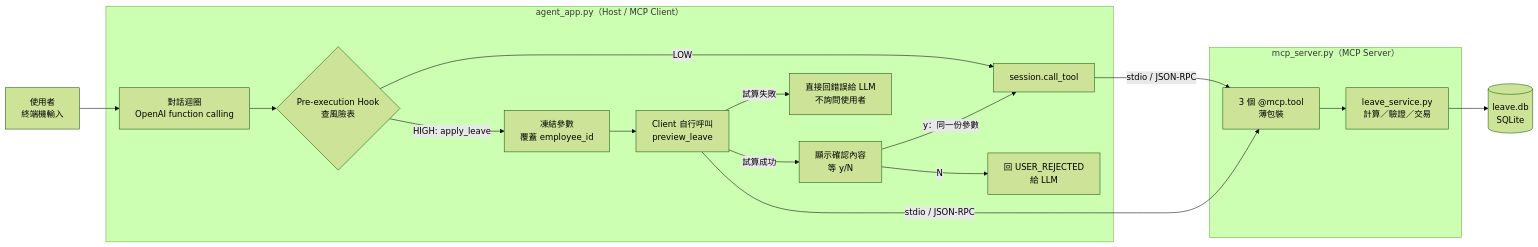
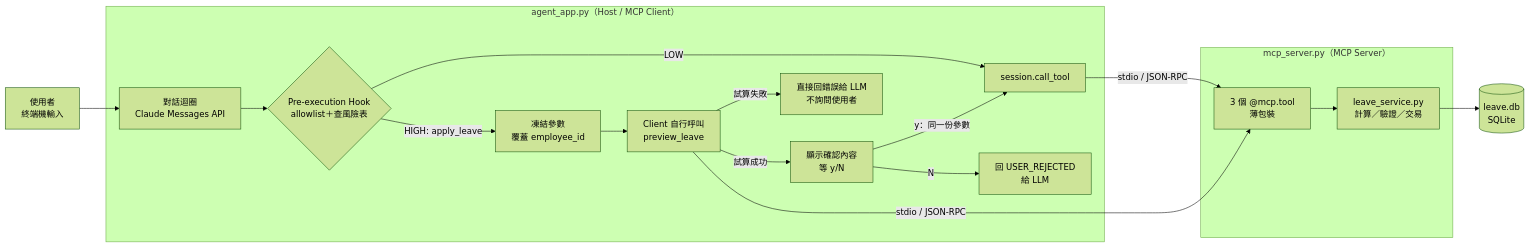
Before and after one commit to Charles377813/agent-workspace: the first of 2 diagrams in src/hrms-leave-agent/README.md, drawn with Mermaid (forest theme). The commit also changed other lines of this file and 8 other files, not shown here.

First line of the commit message:
feat(hrms-leave-agent): Claude 對話迴圈，LLM 改用 Anthropic（任務 #5-7）

````diff
--- a/src/hrms-leave-agent/README.md
+++ b/src/hrms-leave-agent/README.md
@@ -23,24 +23,24 @@
 ```mermaid
 flowchart LR
     U[使用者<br/>終端機輸入] --> A
 
     subgraph Client["agent_app.py（Host / MCP Client）"]
-        A[對話迴圈<br/>OpenAI function calling] --> H{Pre-execution Hook<br/>查風險表}
+        A[對話迴圈<br/>Claude Messages API] --> H{Pre-execution Hook<br/>allowlist＋查風險表}
         H -->|LOW| C[session.call_tool]
         H -->|HIGH: apply_leave| F[凍結參數<br/>覆蓋 employee_id]
         F --> P[Client 自行呼叫<br/>preview_leave]
         P -->|試算失敗| E[直接回錯誤給 LLM<br/>不詢問使用者]
         P -->|試算成功| Q[顯示確認內容<br/>等 y/N]
         Q -->|y：同一份參數| C
         Q -->|N| R[回 USER_REJECTED<br/>給 LLM]
     end
 
     C -->|stdio / JSON-RPC| S
     P -->|stdio / JSON-RPC| S
 
     subgraph Server["mcp_server.py（MCP Server）"]
         S[3 個 @mcp.tool<br/>薄包裝] --> L[leave_service.py<br/>計算／驗證／交易]
     end
 
     L --> D[(leave.db<br/>SQLite)]
 ```
````
